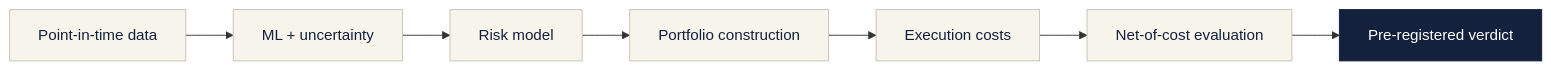
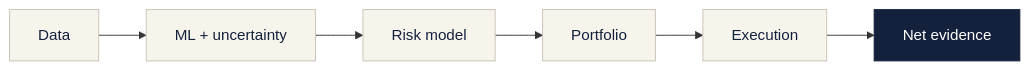
Before and after one commit to kira-ml/kira-ml: the diagram in README.md, drawn with Mermaid. The commit also changed other lines of this file, not shown here.

Commit message:
Simplify research pipeline diagram

````diff
--- a/README.md
+++ b/README.md
@@ -82,13 +82,12 @@
 ```mermaid
 flowchart LR
-    A["Point-in-time data"] --> B["ML + uncertainty"]
+    A["Data"] --> B["ML + uncertainty"]
     B --> C["Risk model"]
-    C --> D["Portfolio construction"]
-    D --> E["Execution costs"]
-    E --> F["Net-of-cost evaluation"]
-    F --> G["Pre-registered verdict"]
+    C --> D["Portfolio"]
+    D --> E["Execution"]
+    E --> F["Net evidence"]
     classDef paper fill:#F7F4EC,stroke:#C9C2B6,color:#14213D;
     classDef ink fill:#14213D,stroke:#14213D,color:#FFFFFF;
-    class A,B,C,D,E,F paper;
-    class G ink;
+    class A,B,C,D,E paper;
+    class F ink;
 ```
````
